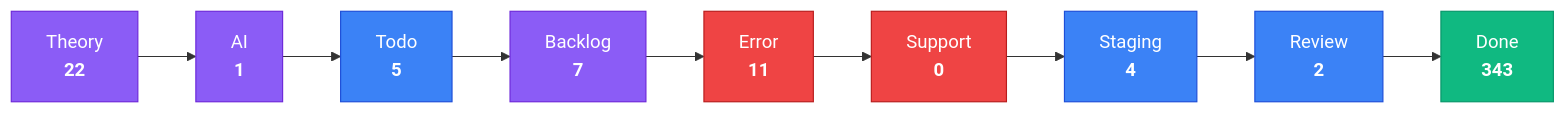
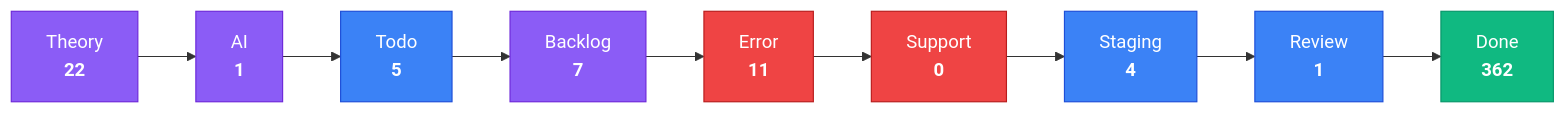
The third of 4 diagrams in apps/kbve/astro-kbve/src/content/docs/dashboard/kanban.mdx (KBVE/kbve), drawn with Mermaid before and after one commit. The commit also changed other lines of this file and 7 other files, not shown here.

````diff
--- a/apps/kbve/astro-kbve/src/content/docs/dashboard/kanban.mdx
+++ b/apps/kbve/astro-kbve/src/content/docs/dashboard/kanban.mdx
@@ -80,28 +80,28 @@
 ```mermaid
 flowchart LR
     classDef planning fill:#8b5cf6,stroke:#6d28d9,color:#fff
     classDef active fill:#3b82f6,stroke:#1d4ed8,color:#fff
     classDef blocked fill:#ef4444,stroke:#b91c1c,color:#fff
     classDef done fill:#10b981,stroke:#059669,color:#fff
     Theory["Theory<br/><strong>22</strong>"]
     Theory --> AI
     AI["AI<br/><strong>1</strong>"]
     AI --> Todo
     Todo["Todo<br/><strong>5</strong>"]
     Todo --> Backlog
     Backlog["Backlog<br/><strong>7</strong>"]
     Backlog --> Error
     Error["Error<br/><strong>11</strong>"]
     Error --> Support
     Support["Support<br/><strong>0</strong>"]
     Support --> Staging
     Staging["Staging<br/><strong>4</strong>"]
     Staging --> Review
-    Review["Review<br/><strong>2</strong>"]
+    Review["Review<br/><strong>1</strong>"]
     Review --> Done
-    Done["Done<br/><strong>343</strong>"]
+    Done["Done<br/><strong>362</strong>"]
     class Theory,AI,Backlog planning
     class Todo,Staging,Review active
     class Error,Support blocked
     class Done done
 ```
````
